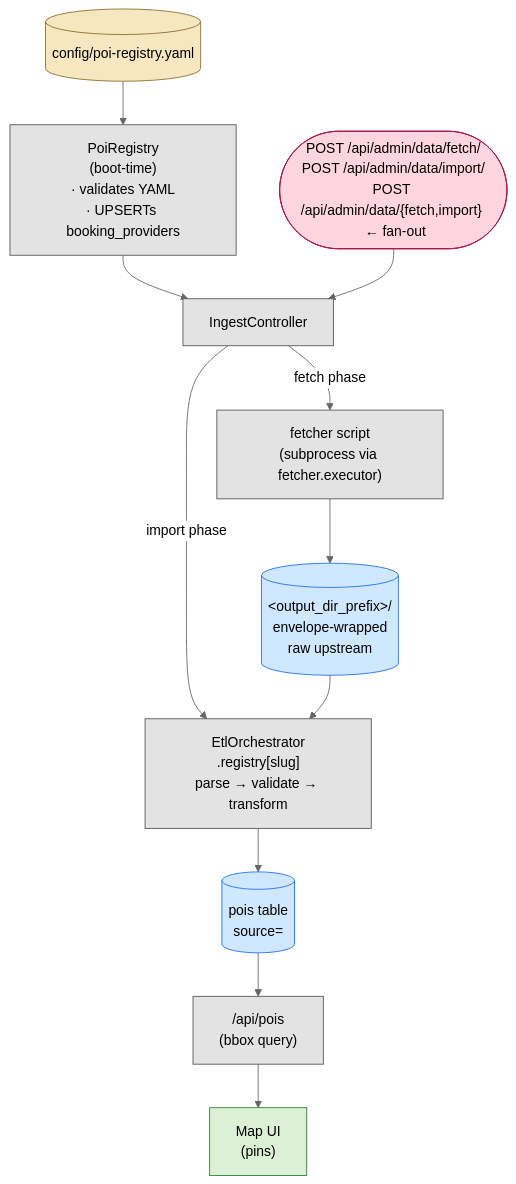
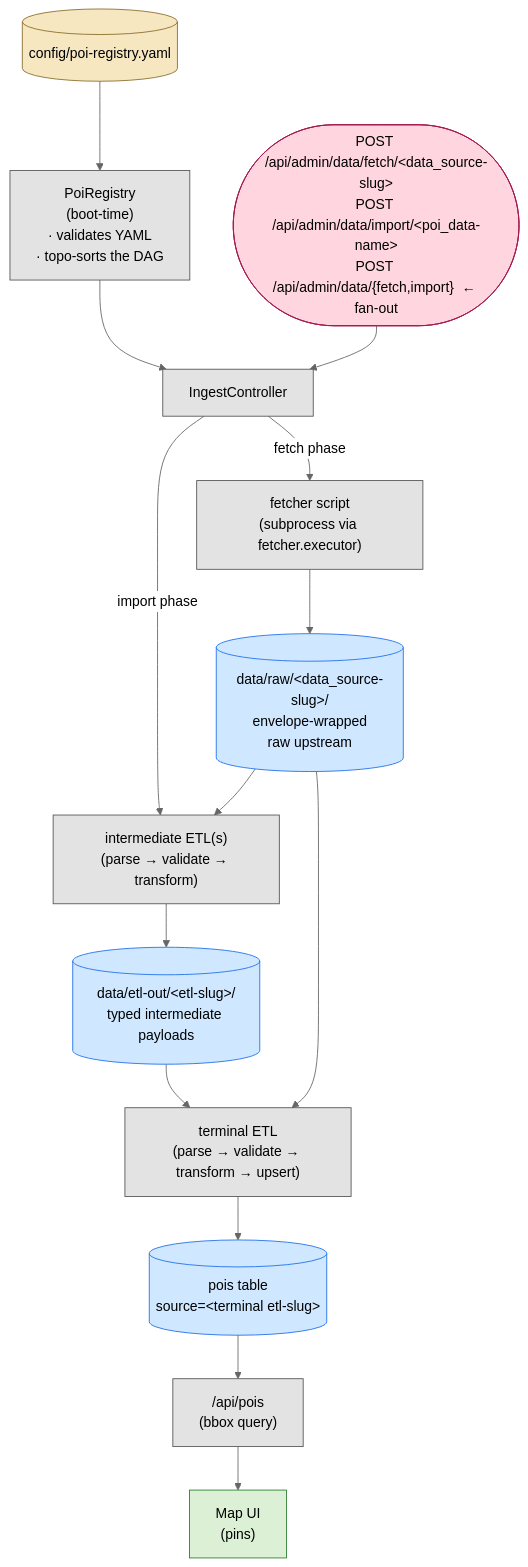
The diagram in docs/adding-a-data-source.md (wwchen/roadtrip), drawn with Mermaid (neutral theme) before and after one commit. The commit also changed other lines of this file and 1 other file, not shown here.

First line of the commit message:
config(registry): DAG proposal — data_sources + poi_data with ordered etls

````diff
--- a/docs/adding-a-data-source.md
+++ b/docs/adding-a-data-source.md
@@ -7,32 +7,37 @@
 ```mermaid
 flowchart TB
     YAML[("config/poi-registry.yaml")]
-    Registry["PoiRegistry<br/>(boot-time)<br/>· validates YAML<br/>· UPSERTs booking_providers"]
+    Registry["PoiRegistry<br/>(boot-time)<br/>· validates YAML<br/>· topo-sorts the DAG"]
     Ingest["IngestController"]
     Fetcher["fetcher script<br/>(subprocess via fetcher.executor)"]
-    Raw[("&lt;output_dir_prefix&gt;/<br/>envelope-wrapped<br/>raw upstream")]
-    Orchestrator["EtlOrchestrator<br/>.registry[slug]<br/>parse → validate → transform"]
-    Pois[("pois table<br/>source=<slug>")]
+    Raw[("data/raw/&lt;data_source-slug&gt;/<br/>envelope-wrapped<br/>raw upstream")]
+    Inter["intermediate ETL(s)<br/>(parse → validate → transform)"]
+    EtlOut[("data/etl-out/&lt;etl-slug&gt;/<br/>typed intermediate payloads")]
+    Emit["terminal ETL<br/>(parse → validate → transform → upsert)"]
+    Pois[("pois table<br/>source=&lt;terminal etl-slug&gt;")]
     PoisAPI["/api/pois<br/>(bbox query)"]
     FE["Map UI<br/>(pins)"]
 
-    Trigger(["POST /api/admin/data/fetch/<slug><br/>POST /api/admin/data/import/<slug><br/>POST /api/admin/data/{fetch,import}  ← fan-out"])
+    Trigger(["POST /api/admin/data/fetch/&lt;data_source-slug&gt;<br/>POST /api/admin/data/import/&lt;poi_data-name&gt;<br/>POST /api/admin/data/{fetch,import}  ← fan-out"])
 
     YAML --> Registry --> Ingest
     Trigger --> Ingest
     Ingest -- fetch phase --> Fetcher --> Raw
-    Ingest -- import phase --> Orchestrator
-    Raw --> Orchestrator --> Pois
+    Ingest -- import phase --> Inter
+    Raw --> Inter --> EtlOut
+    EtlOut --> Emit
+    Raw --> Emit
+    Emit --> Pois
     Pois --> PoisAPI --> FE
 
     classDef cfg fill:#f6e7c1,stroke:#8a6d2b,color:#000
     classDef store fill:#cfe8ff,stroke:#1f6feb,color:#000
     classDef code fill:#e3e3e3,stroke:#555,color:#000
     classDef trig fill:#ffd6e0,stroke:#a3174e,color:#000
     classDef ui fill:#dcf0d6,stroke:#2e7d32,color:#000
     class YAML cfg
-    class Raw,Pois store
-    class Registry,Ingest,Fetcher,Orchestrator,PoisAPI code
+    class Raw,EtlOut,Pois store
+    class Registry,Ingest,Fetcher,Inter,Emit,PoisAPI code
     class Trigger trig
     class FE ui
 ```
````
